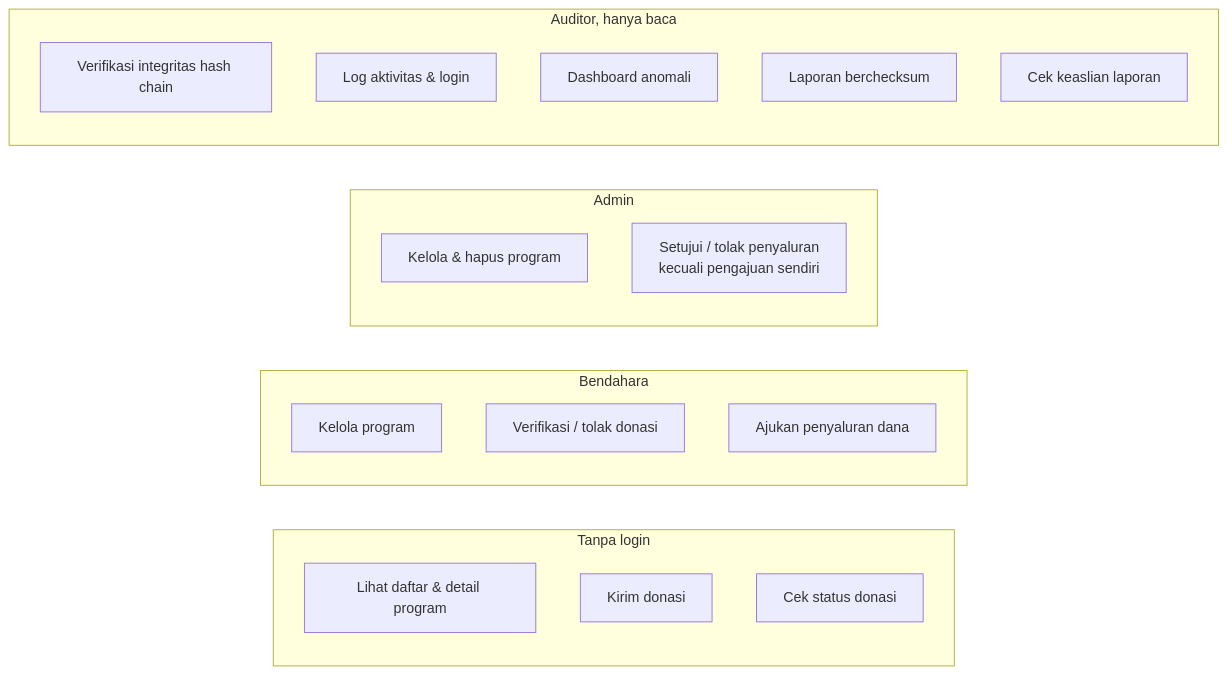
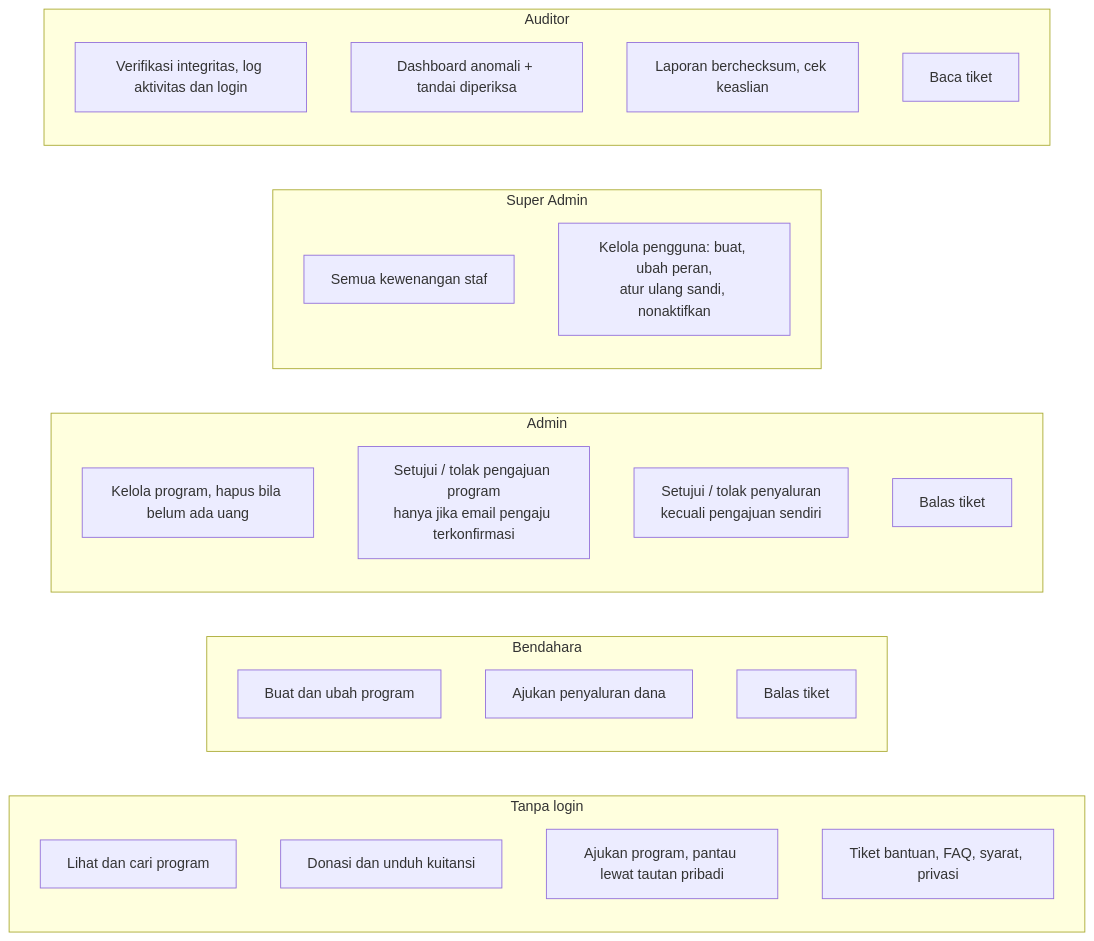
One commit to muhammad-rapi/sidona changed diagram 12 of 12 in docs/ALUR_KERJA.md. Above: the diagram before and after it, drawn with Mermaid. The commit also changed other lines of this file and 2 other files, not shown here.

````diff
--- a/docs/ALUR_KERJA.md
+++ b/docs/ALUR_KERJA.md
@@ -233,27 +251,34 @@
 ```mermaid
 flowchart LR
     subgraph Publik["Tanpa login"]
-        P1[Lihat daftar & detail program]
-        P2[Kirim donasi]
-        P3[Cek status donasi]
+        P1[Lihat dan cari program]
+        P2[Donasi dan unduh kuitansi]
+        P3[Ajukan program, pantau lewat tautan pribadi]
+        P4[Tiket bantuan, FAQ, syarat, privasi]
     end
 
     subgraph Bendahara["Bendahara"]
-        B1[Kelola program]
-        B2[Verifikasi / tolak donasi]
-        B3[Ajukan penyaluran dana]
+        B1[Buat dan ubah program]
+        B2[Ajukan penyaluran dana]
+        B3[Balas tiket]
     end
 
     subgraph Admin["Admin"]
-        A1[Kelola & hapus program]
-        A2[Setujui / tolak penyaluran\nkecuali pengajuan sendiri]
+        A1[Kelola program, hapus bila belum ada uang]
+        A2[Setujui / tolak pengajuan program\nhanya jika email pengaju terkonfirmasi]
+        A3[Setujui / tolak penyaluran\nkecuali pengajuan sendiri]
+        A4[Balas tiket]
     end
 
-    subgraph Auditor["Auditor, hanya baca"]
-        D1[Verifikasi integritas hash chain]
-        D2[Log aktivitas & login]
-        D3[Dashboard anomali]
-        D4[Laporan berchecksum]
-        D5[Cek keaslian laporan]
+    subgraph Super["Super Admin"]
+        S1[Semua kewenangan staf]
+        S2[Kelola pengguna: buat, ubah peran,\natur ulang sandi, nonaktifkan]
+    end
+
+    subgraph Auditor["Auditor"]
+        D1[Verifikasi integritas, log aktivitas dan login]
+        D2[Dashboard anomali + tandai diperiksa]
+        D3[Laporan berchecksum, cek keaslian]
+        D4[Baca tiket]
     end
 ```
````
